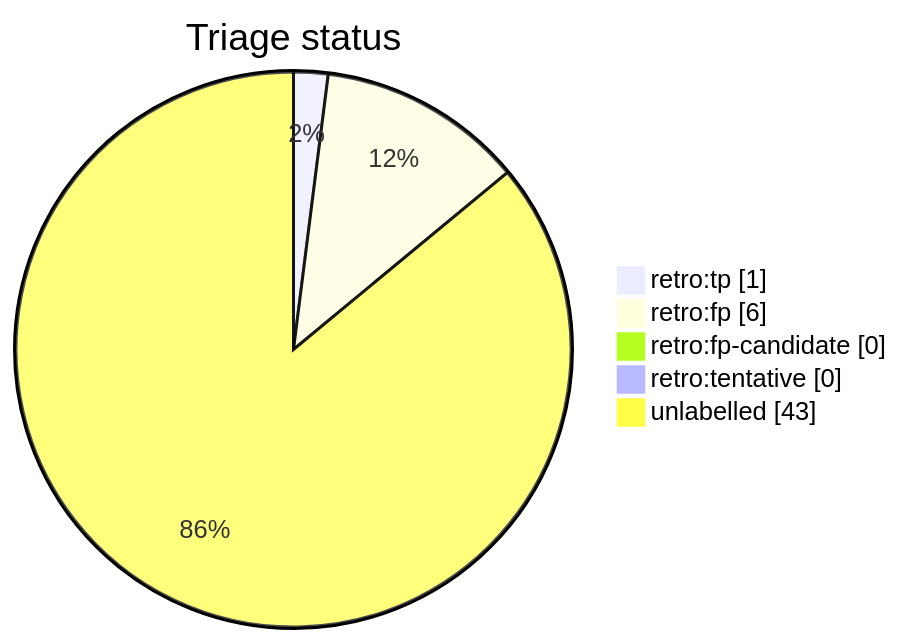
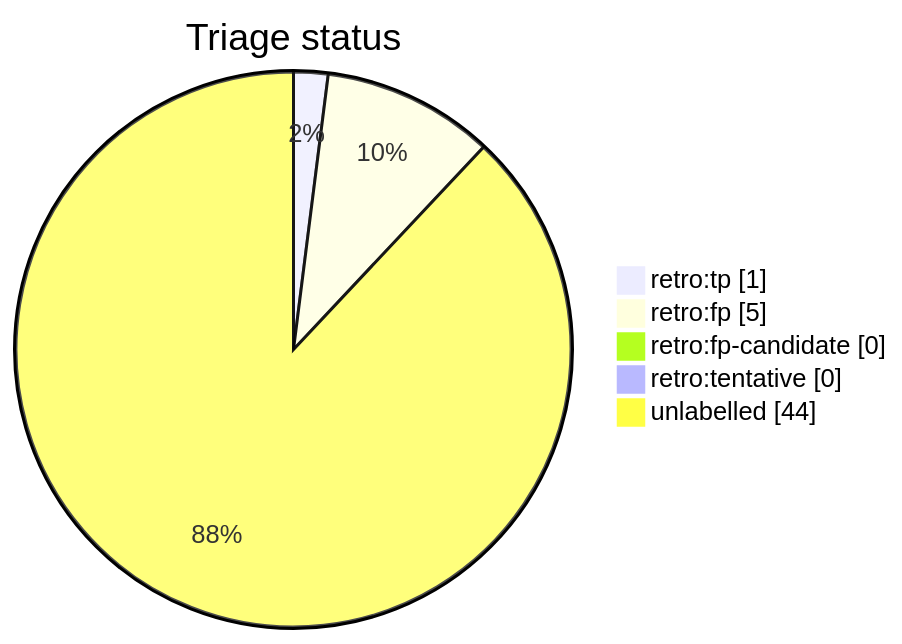
The diagram in docs/generated/scripts/auto-retro-triage-report.md (tvna/claude-md), drawn with Mermaid before and after one commit. The commit also changed other lines of this file, not shown here.

First line of the commit message:
chore(auto-retro): refresh triage report

````diff
--- a/docs/generated/scripts/auto-retro-triage-report.md
+++ b/docs/generated/scripts/auto-retro-triage-report.md
@@ -15,9 +15,9 @@
 ```mermaid
 pie showData
     title Triage status
     "retro:tp" : 1
-    "retro:fp" : 6
+    "retro:fp" : 5
     "retro:fp-candidate" : 0
     "retro:tentative" : 0
-    "unlabelled" : 43
+    "unlabelled" : 44
 ```
````
